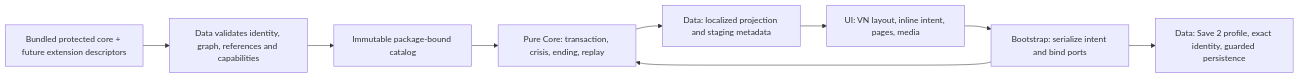
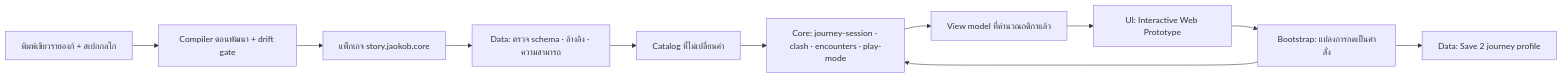
Before and after one commit to T3thr/JaoKob: the diagram in docs/sprints/sprint-05-ssot.md, drawn with Mermaid. The commit also changed other lines of this file and 8 other files, not shown here.

````diff
--- a/docs/sprints/sprint-05-ssot.md
+++ b/docs/sprints/sprint-05-ssot.md
@@ -114,11 +127,13 @@
 ```mermaid
 flowchart LR
-  Registry["Bundled protected core + future extension descriptors"] --> Data["Data validates identity, graph, references and capabilities"]
-  Data --> Catalog["Immutable package-bound catalog"]
-  Catalog --> Core["Pure Core: transaction, crisis, ending, replay"]
-  Core --> VM["Data: localized projection and staging metadata"]
-  VM --> UI["UI: VN layout, inline intent, pages, media"]
-  UI --> Root["Bootstrap: serialize intent and bind ports"]
+  Sources["พิมพ์เขียวรายองก์ + สเปกกลไก"] --> Compiler["Compiler ตอนพัฒนา + drift gate"]
+  Compiler --> Package["แพ็กเกจ story.jaokob.core"]
+  Package --> Data["Data: ตรวจ schema · อ้างอิง · ความสามารถ"]
+  Data --> Catalog["Catalog ที่ไม่เปลี่ยนค่า"]
+  Catalog --> Core["Core: journey-session · clash · encounters · play-mode"]
+  Core --> VM["View model ที่คำนวณกติกาแล้ว"]
+  VM --> UI["UI: Interactive Web Prototype"]
+  UI --> Root["Bootstrap: แปลงการกดเป็นคำสั่ง"]
   Root --> Core
-  Root --> Save["Data: Save 2 profile, exact identity, guarded persistence"]
+  Root --> Save["Data: Save 2 journey profile"]
 ```
````
